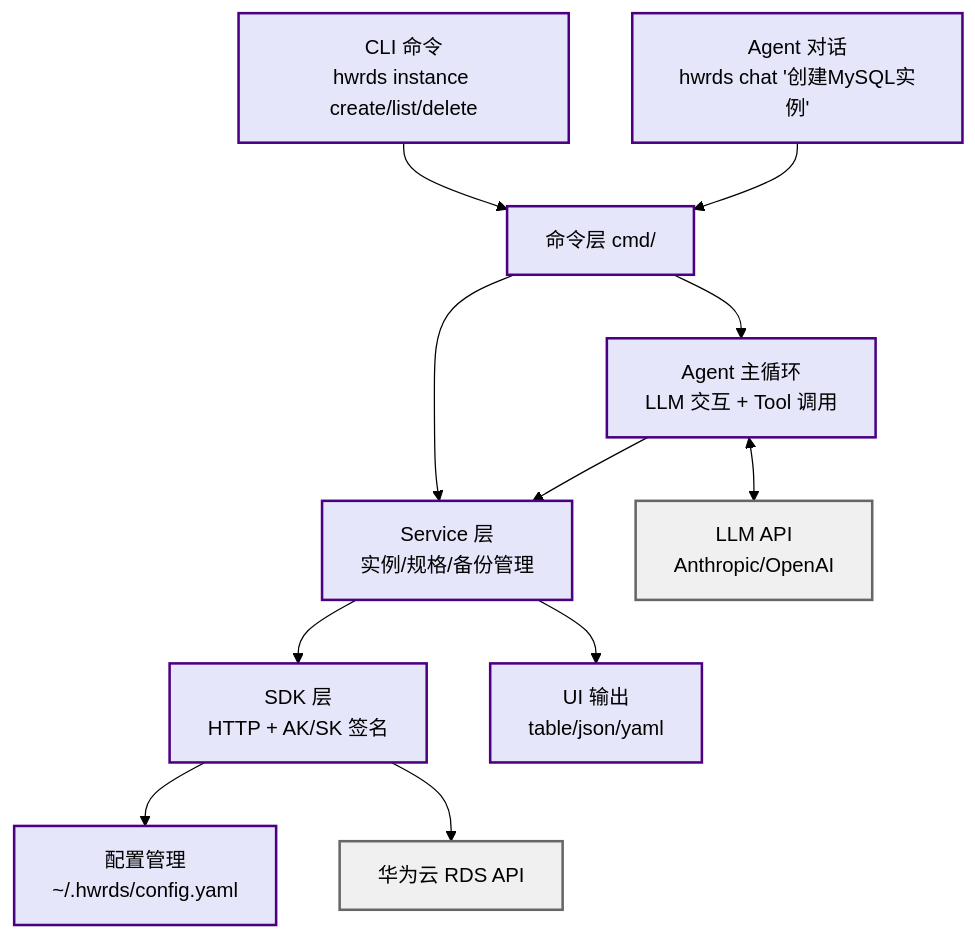
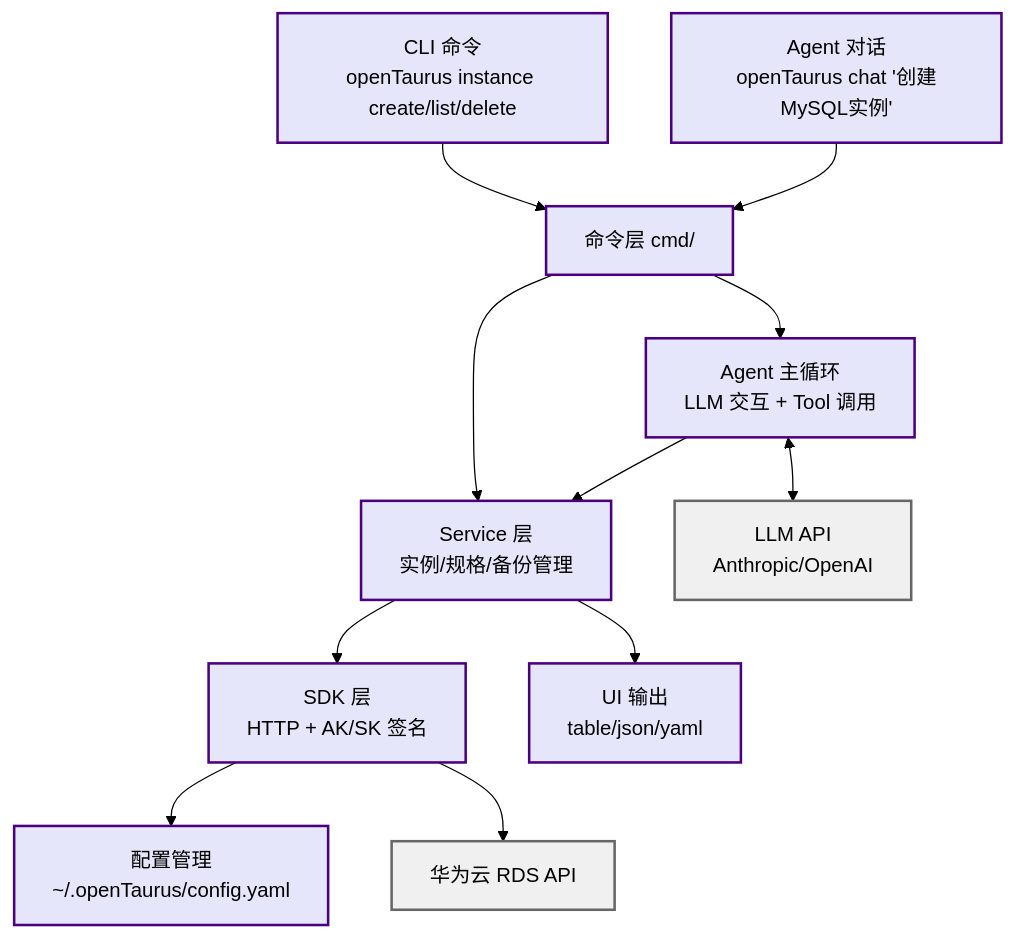
One commit to youweichen0208/blog changed the first of 15 diagrams in docs/projects/cli-agent/index.md. Above: the diagram before and after it, drawn with Mermaid (forest theme). The commit also changed other lines of this file, not shown here.

Commit message:
openTaurus cli架构图

````diff
--- a/docs/projects/cli-agent/index.md
+++ b/docs/projects/cli-agent/index.md
@@ -152,30 +152,30 @@
 ```mermaid
 graph TB
-    CLI["CLI 命令<br/>hwrds instance create/list/delete"]
-    CHAT["Agent 对话<br/>hwrds chat '创建MySQL实例'"]
+    CLI["CLI 命令<br/>openTaurus instance create/list/delete"]
+    CHAT["Agent 对话<br/>openTaurus chat '创建MySQL实例'"]
     CMD["命令层 cmd/"]
     AGENT["Agent 主循环<br/>LLM 交互 + Tool 调用"]
     SERVICE["Service 层<br/>实例/规格/备份管理"]
     SDK["SDK 层<br/>HTTP + AK/SK 签名"]
-    CONFIG["配置管理<br/>~/.hwrds/config.yaml"]
+    CONFIG["配置管理<br/>~/.openTaurus/config.yaml"]
     UI["UI 输出<br/>table/json/yaml"]
     CLOUD["华为云 RDS API"]
     LLM["LLM API<br/>Anthropic/OpenAI"]
 
     CLI --> CMD
     CHAT --> CMD
     CMD --> SERVICE
     CMD --> AGENT
     AGENT <--> LLM
     AGENT --> SERVICE
     SERVICE --> SDK
     SERVICE --> UI
     SDK --> CONFIG
     SDK --> CLOUD
 
     classDef nodeStyle fill:#E6E6FA,stroke:#4B0082,stroke-width:2px,color:#000
     classDef cloudStyle fill:#F0F0F0,stroke:#666,stroke-width:2px,color:#000
 
     class CLI,CHAT,CMD,AGENT,SERVICE,SDK,CONFIG,UI nodeStyle
     class CLOUD,LLM cloudStyle
 ```
````
